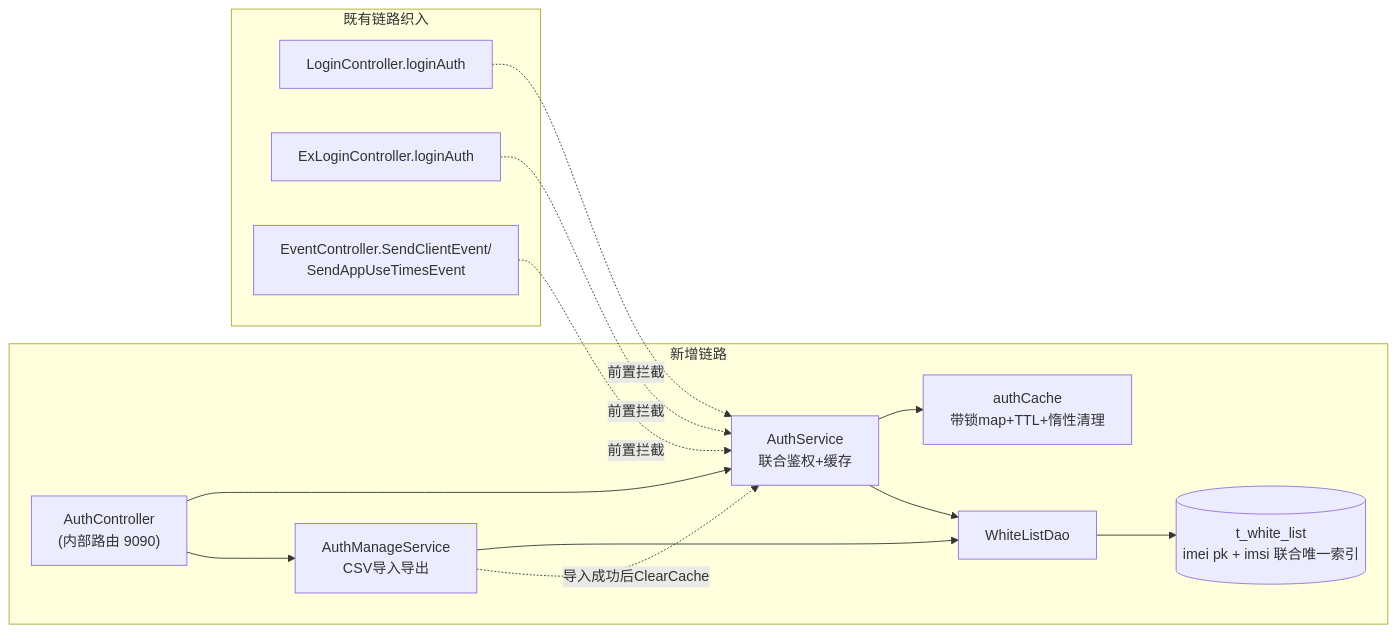
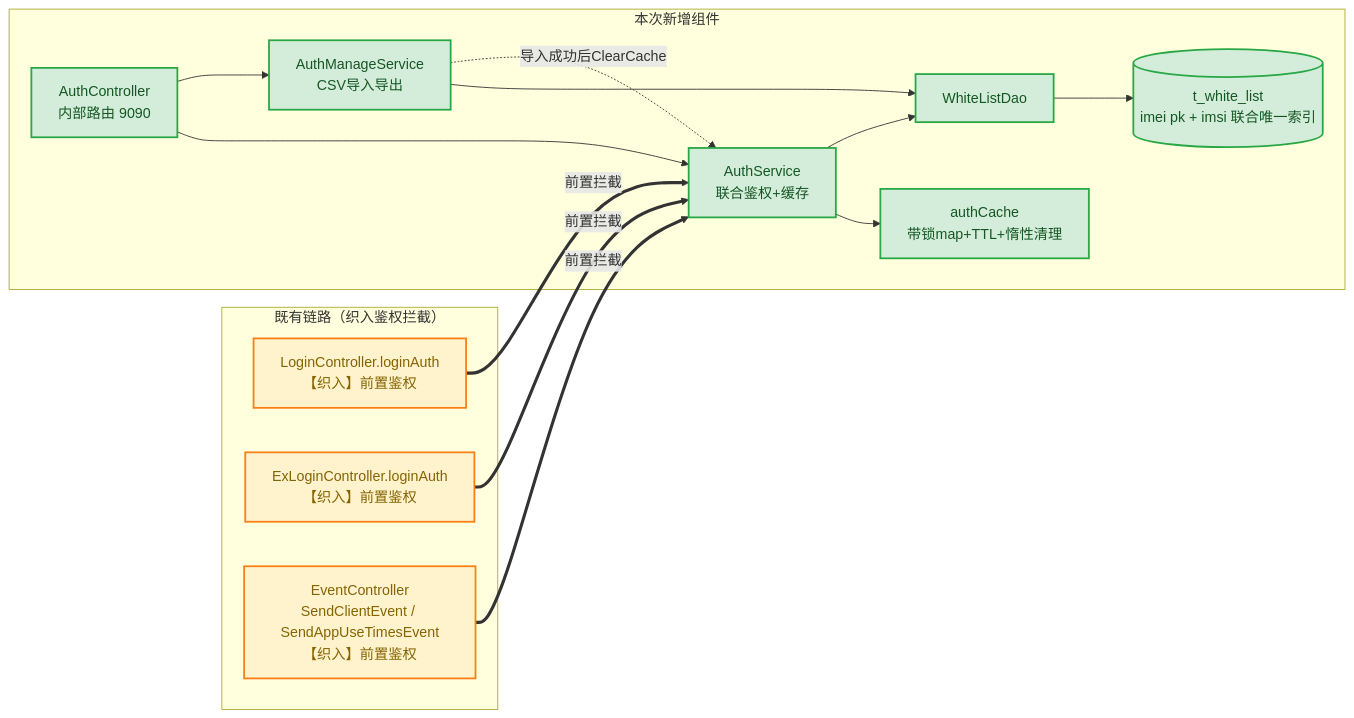
One commit to CoreGeekASTL/AIAction changed the diagram in docs/code-check/27.0终端鉴权代码检查.md. Above: the diagram before and after it, drawn with Mermaid. The commit also changed other lines of this file, not shown here.

Commit message:
27.0终端鉴权：优化代码检查文档架构变更图（颜色区分新增/织入组件）

````diff
--- a/docs/code-check/27.0终端鉴权代码检查.md
+++ b/docs/code-check/27.0终端鉴权代码检查.md
@@ -9,17 +9,30 @@
 ```mermaid
 flowchart LR
-    subgraph 新增链路
-        AC["AuthController<br/>(内部路由 9090)"] --> AS["AuthService<br/>联合鉴权+缓存"]
-        AC --> AMS["AuthManageService<br/>CSV导入导出"]
-        AS --> AC2["authCache<br/>带锁map+TTL+惰性清理"]
-        AS --> WLD["WhiteListDao"]
+    subgraph OLD["既有链路（织入鉴权拦截）"]
+        LC["LoginController.loginAuth<br/>【织入】前置鉴权"]
+        ELC["ExLoginController.loginAuth<br/>【织入】前置鉴权"]
+        EC["EventController<br/>SendClientEvent / SendAppUseTimesEvent<br/>【织入】前置鉴权"]
+    end
+    subgraph NEW["本次新增组件"]
+        AC["AuthController<br/>内部路由 9090"]
+        AS["AuthService<br/>联合鉴权+缓存"]
+        AMS["AuthManageService<br/>CSV导入导出"]
+        CACHE["authCache<br/>带锁map+TTL+惰性清理"]
+        WLD["WhiteListDao"]
+        WL[("t_white_list<br/>imei pk + imsi 联合唯一索引")]
+        AC --> AS
+        AC --> AMS
+        AS --> CACHE
+        AS --> WLD
         AMS --> WLD
-        AMS -.导入成功后ClearCache.-> AS
-        WLD --> WL[("t_white_list<br/>imei pk + imsi 联合唯一索引")]
+        AMS -. "导入成功后ClearCache" .-> AS
+        WLD --> WL
     end
-    subgraph 既有链路织入
-        LC["LoginController.loginAuth"] -.前置拦截.-> AS
-        ELC["ExLoginController.loginAuth"] -.前置拦截.-> AS
-        EC["EventController.SendClientEvent/<br/>SendAppUseTimesEvent"] -.前置拦截.-> AS
-    end
+    LC == "前置拦截" ==> AS
+    ELC == "前置拦截" ==> AS
+    EC == "前置拦截" ==> AS
+    classDef newNode fill:#d4edda,stroke:#28a745,stroke-width:2px,color:#155724
+    classDef wovenNode fill:#fff3cd,stroke:#fd7e14,stroke-width:2px,color:#856404
+    class AC,AS,AMS,CACHE,WLD,WL newNode
+    class LC,ELC,EC wovenNode
 ```
````
